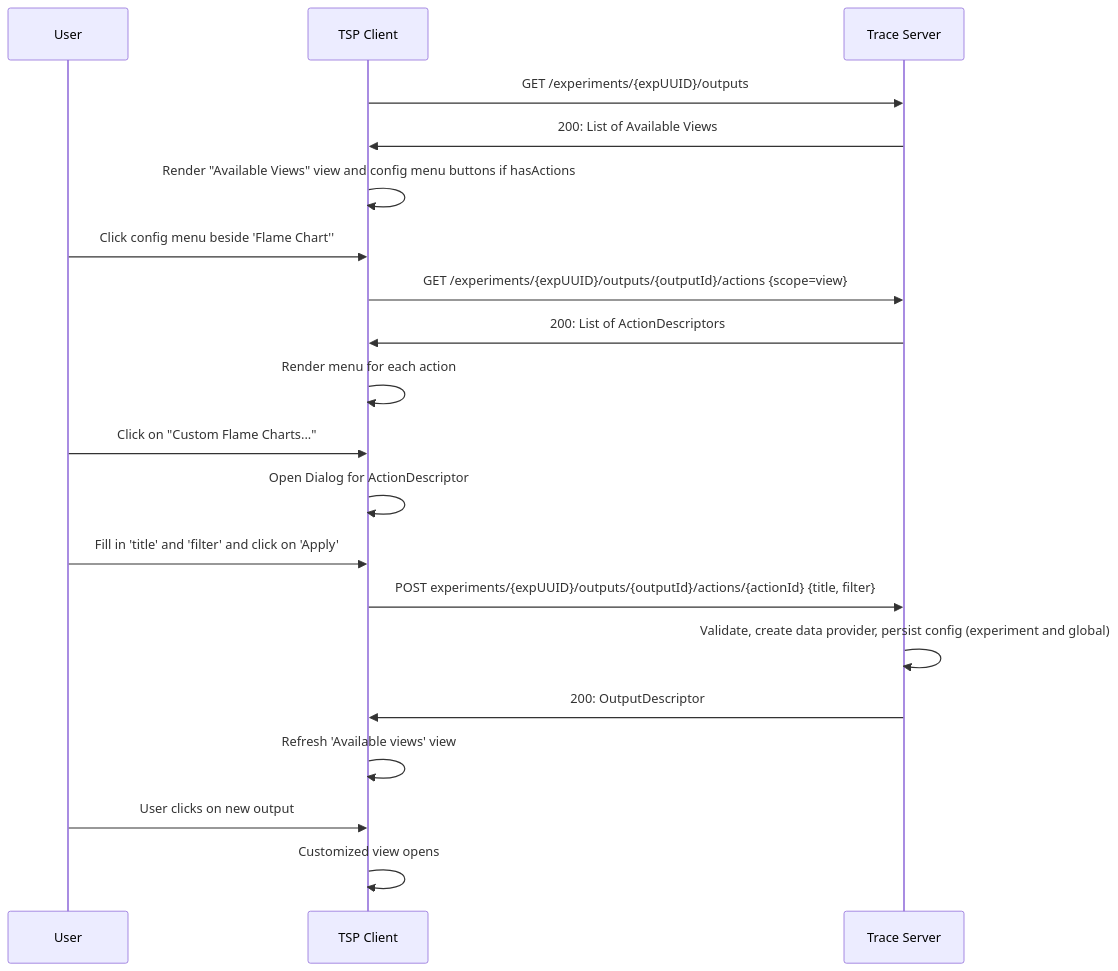
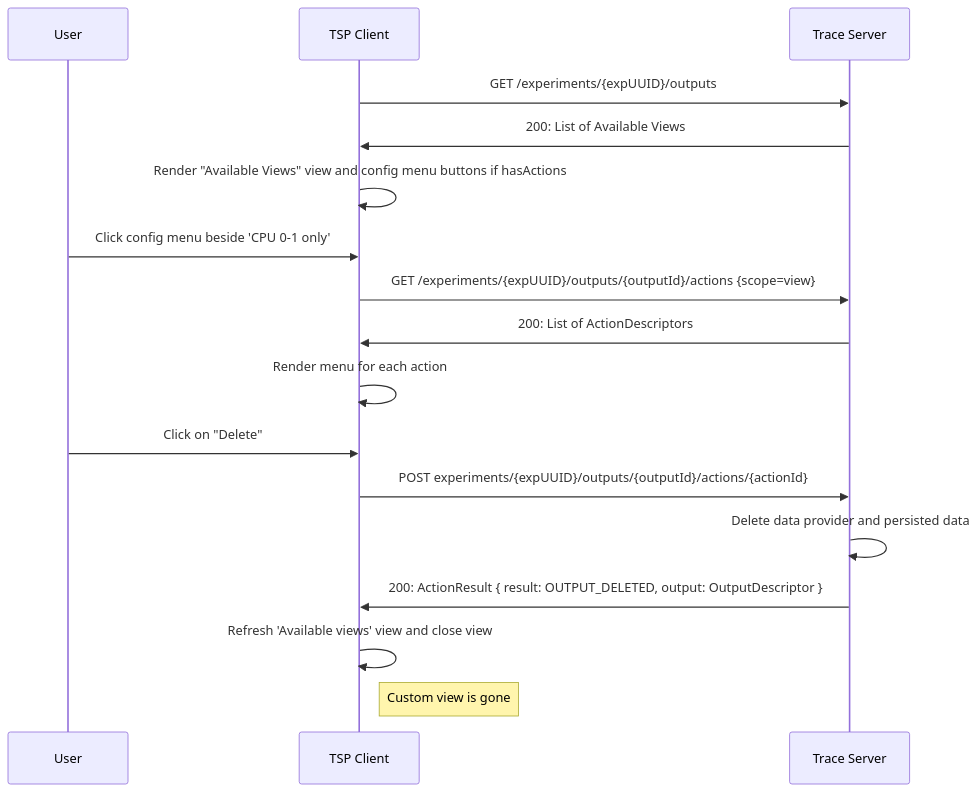
One commit to bhufmann/theia-trace-extension changed the fifth of 9 diagrams in doc/adr/0011-tsp-analysis-api.md. Above: the diagram before and after it, drawn with Mermaid. The commit also changed other lines of this file, not shown here.

First line of the commit message:
Update 0011-tsp-analysis-api for custom analysis

````diff
--- a/doc/adr/0011-tsp-analysis-api.md
+++ b/doc/adr/0011-tsp-analysis-api.md
@@ -356,22 +330,19 @@
 ```mermaid
 sequenceDiagram
     participant user as User
     participant client as TSP Client
     participant server as Trace Server
     client->>server: GET /experiments/{expUUID}/outputs
     server->>client: 200: List of Available Views
     client->>client: Render "Available Views" view and config menu buttons if hasActions
-    user->>client: Click config menu beside 'Flame Chart''
+    user->>client: Click config menu beside 'CPU 0-1 only'
     client->>server: GET /experiments/{expUUID}/outputs/{outputId}/actions {scope=view}
     server->>client: 200: List of ActionDescriptors
     client->>client: Render menu for each action
-    user->>client: Click on "Custom Flame Charts..."
-    client->>client: Open Dialog for ActionDescriptor
-    user->>client: Fill in 'title' and 'filter' and click on 'Apply'
-    client->>server: POST experiments/{expUUID}/outputs/{outputId}/actions/{actionId} {title, filter}
-    server->>server: Validate, create data provider, persist config (experiment and global)
-    server->>client: 200: OutputDescriptor
-    client->>client: Refresh 'Available views' view
-    user->>client: User clicks on new output
-    client->>client: Customized view opens
- ```
+    user->>client: Click on "Delete"
+    client->>server: POST experiments/{expUUID}/outputs/{outputId}/actions/{actionId}
+    server->>server: Delete data provider and persisted data
+    server->>client: 200: ActionResult { result: OUTPUT_DELETED, output: OutputDescriptor }
+    client->>client: Refresh 'Available views' view and close view
+    Note right of client: Custom view is gone
+```
````
